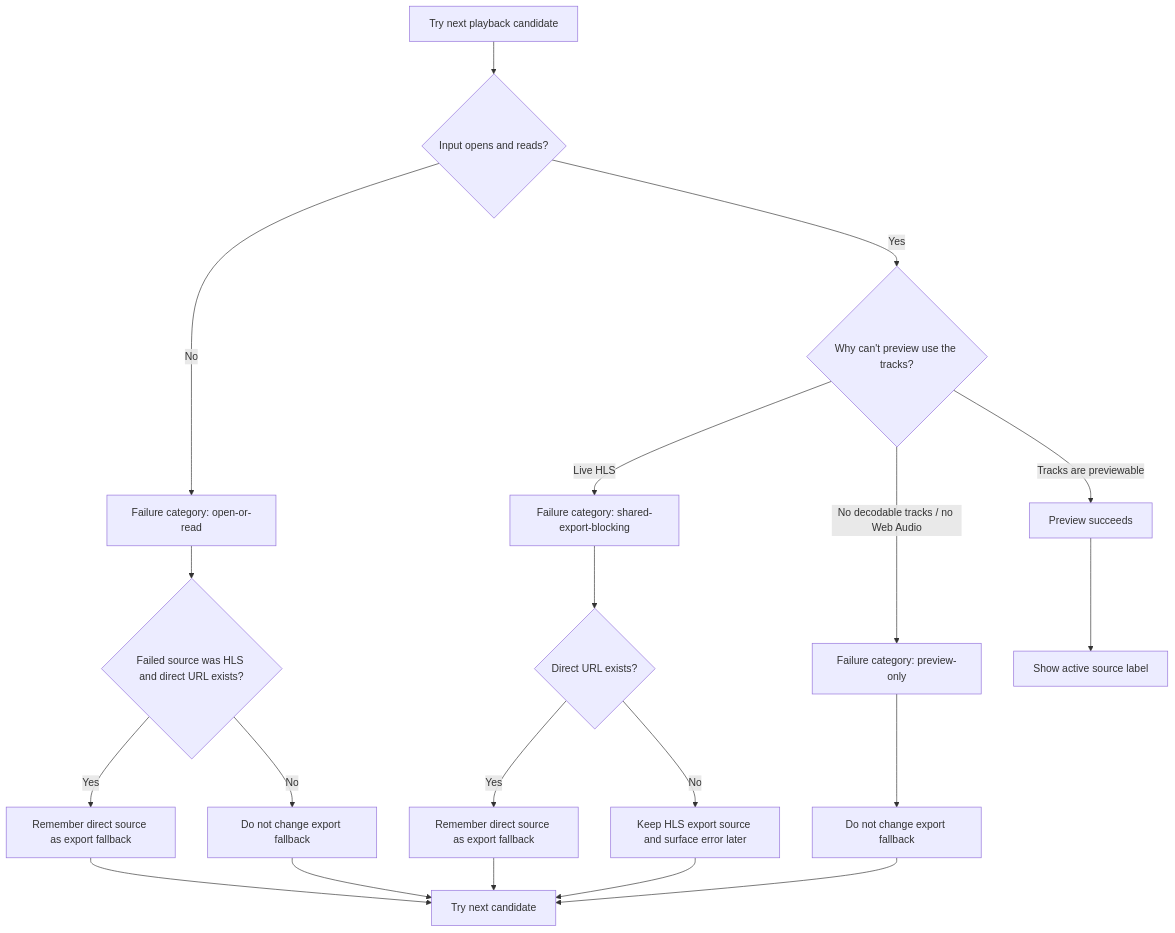
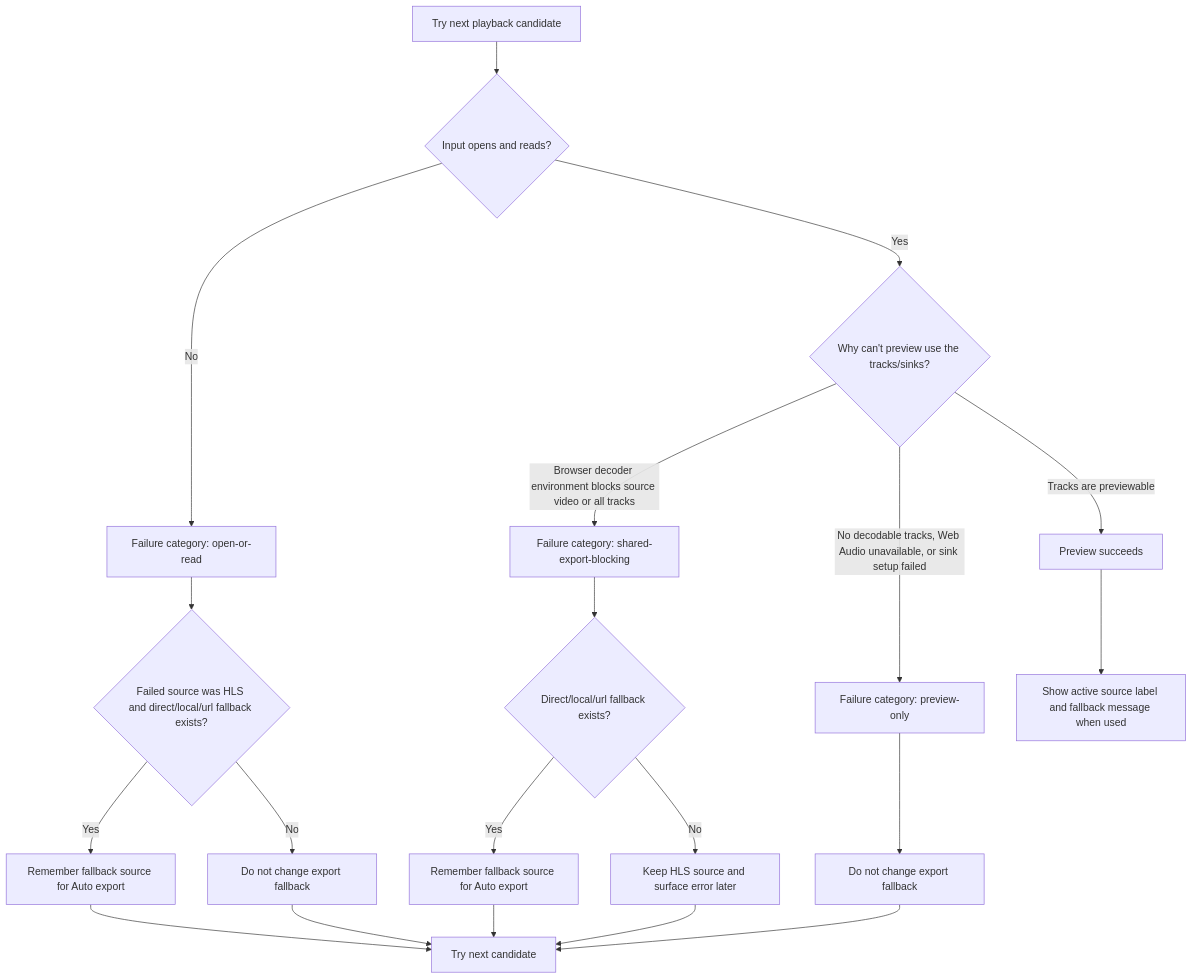
Before and after one commit to TechSquidTV/Cliparr: the fifth of 13 diagrams in DIAGRAMS.md, drawn with Mermaid. The commit also changed other lines of this file, not shown here.

First line of the commit message:
docs(cliparr): update workflow diagrams (#106)

````diff
--- a/DIAGRAMS.md
+++ b/DIAGRAMS.md
@@ -106,25 +139,25 @@
 ```mermaid
 flowchart TD
     A["Try next playback candidate"] --> B{"Input opens and reads?"}
     B -- "No" --> C["Failure category: open-or-read"]
-    C --> D{"Failed source was HLS and direct URL exists?"}
-    D -- "Yes" --> E["Remember direct source as export fallback"]
+    C --> D{"Failed source was HLS and direct/local/url fallback exists?"}
+    D -- "Yes" --> E["Remember fallback source for Auto export"]
     D -- "No" --> F["Do not change export fallback"]
     E --> G["Try next candidate"]
     F --> G
 
-    B -- "Yes" --> H{"Why can't preview use the tracks?"}
-    H -- "Live HLS" --> I["Failure category: shared-export-blocking"]
-    I --> J{"Direct URL exists?"}
-    J -- "Yes" --> K["Remember direct source as export fallback"]
-    J -- "No" --> L["Keep HLS export source and surface error later"]
+    B -- "Yes" --> H{"Why can't preview use the tracks/sinks?"}
+    H -- "Browser decoder environment blocks source video or all tracks" --> I["Failure category: shared-export-blocking"]
+    I --> J{"Direct/local/url fallback exists?"}
+    J -- "Yes" --> K["Remember fallback source for Auto export"]
+    J -- "No" --> L["Keep HLS source and surface error later"]
     K --> G
     L --> G
 
-    H -- "No decodable tracks / no Web Audio" --> M["Failure category: preview-only"]
+    H -- "No decodable tracks, Web Audio unavailable, or sink setup failed" --> M["Failure category: preview-only"]
     M --> N["Do not change export fallback"]
     N --> G
 
     H -- "Tracks are previewable" --> O["Preview succeeds"]
-    O --> P["Show active source label"]
+    O --> P["Show active source label and fallback message when used"]
 ```
````
